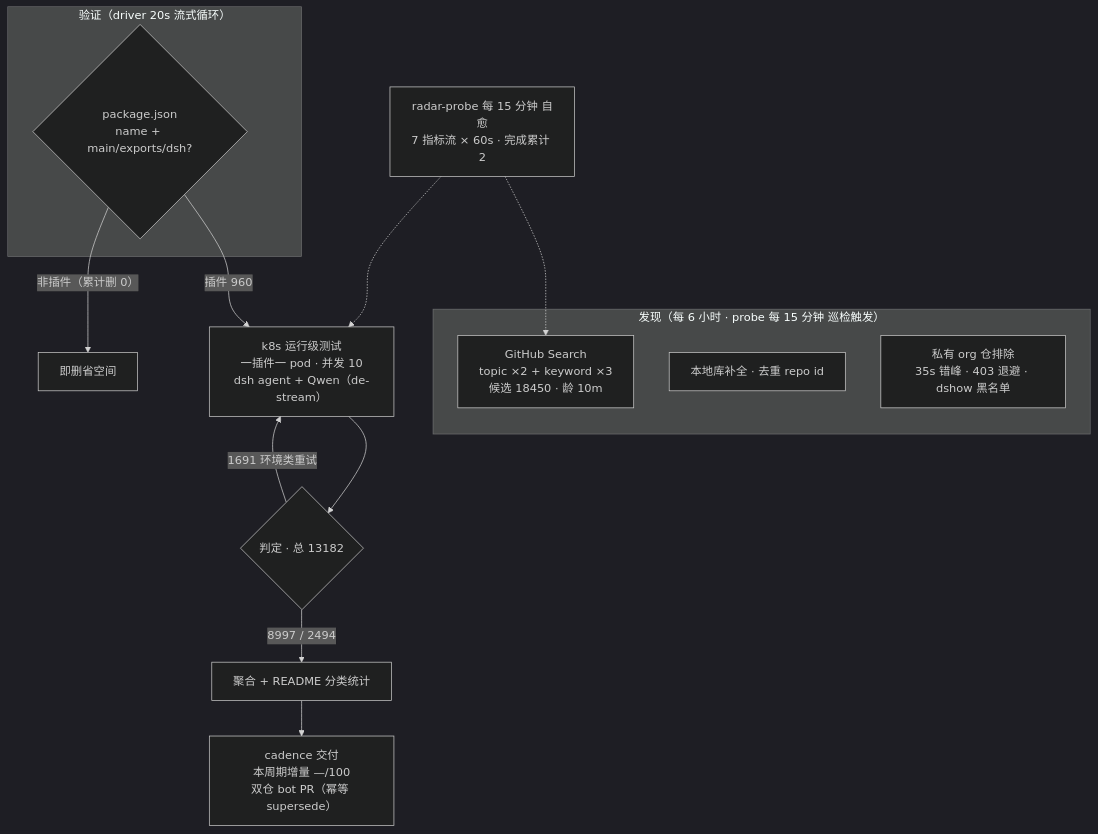
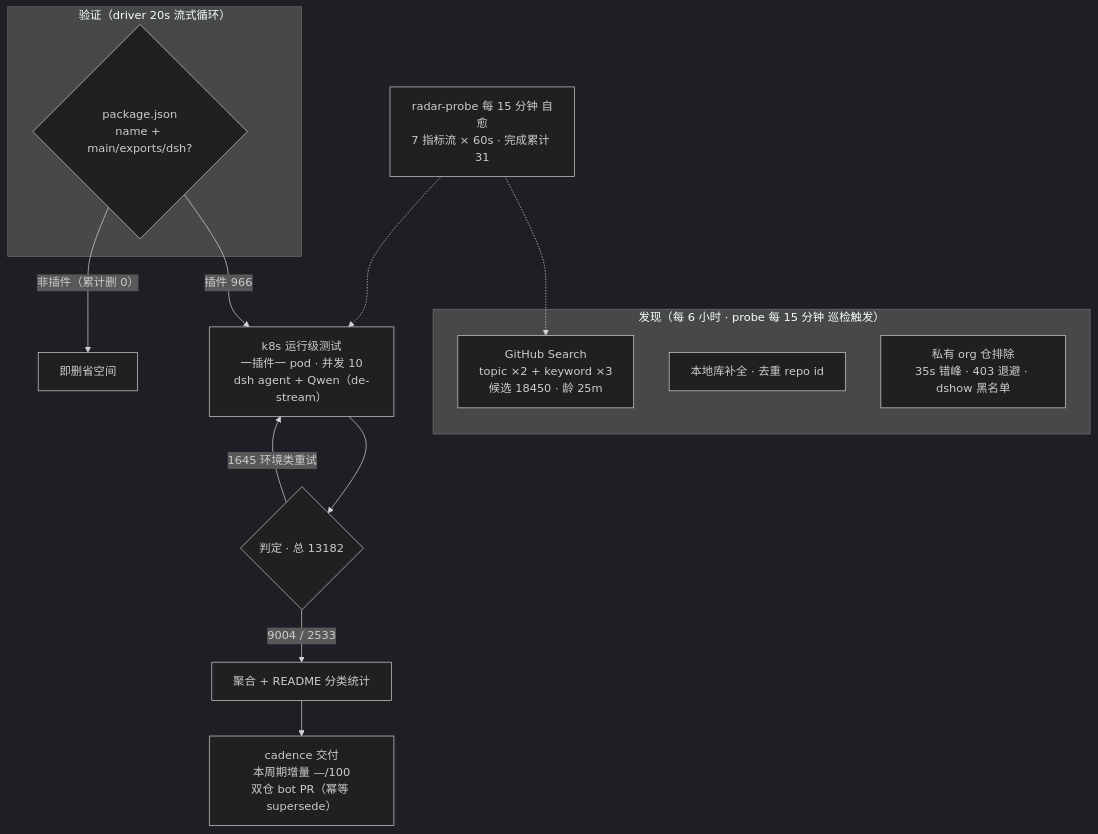
The diagram in README.md (AdamPlatin123/awesome-dsh-plugins), drawn with Mermaid (dark theme) before and after one commit. The commit also changed other lines of this file and 13 other files, not shown here.

````diff
--- a/README.md
+++ b/README.md
@@ -52,20 +52,20 @@
 ```mermaid
 flowchart TB
     subgraph Discovery["发现（每 6 小时 · probe 每 15 分钟 巡检触发）"]
-        A1["GitHub Search<br/>topic ×2 + keyword ×3<br/>候选 18450 · 龄 10m"]
+        A1["GitHub Search<br/>topic ×2 + keyword ×3<br/>候选 18450 · 龄 25m"]
         A2["本地库补全 · 去重 repo id"]
         A3["私有 org 仓排除<br/>35s 错峰 · 403 退避 · dshow 黑名单"]
     end
     subgraph Validation["验证（driver 20s 流式循环）"]
         B1{"package.json<br/>name + main/exports/dsh?"}
     end
-    B1 -->|"插件 960"| C1["k8s 运行级测试<br/>一插件一 pod · 并发 10<br/>dsh agent + Qwen（de-stream）"]
+    B1 -->|"插件 966"| C1["k8s 运行级测试<br/>一插件一 pod · 并发 10<br/>dsh agent + Qwen（de-stream）"]
     B1 -->|"非插件（累计删 0）"| B3["即删省空间"]
     C1 --> D1{"判定 · 总 13182"}
-    D1 -->|"8997 / 2494"| E1["聚合 + README 分类统计"]
-    D1 -->|"1691 环境类重试"| C1
+    D1 -->|"9004 / 2533"| E1["聚合 + README 分类统计"]
+    D1 -->|"1645 环境类重试"| C1
     E1 --> E2["cadence 交付<br/>本周期增量 —/100<br/>双仓 bot PR（幂等 supersede）"]
-    M["radar-probe 每 15 分钟 自愈<br/>7 指标流 × 60s · 完成累计 2"]
+    M["radar-probe 每 15 分钟 自愈<br/>7 指标流 × 60s · 完成累计 31"]
     M -.-> A1
     M -.-> C1
 ```
````
